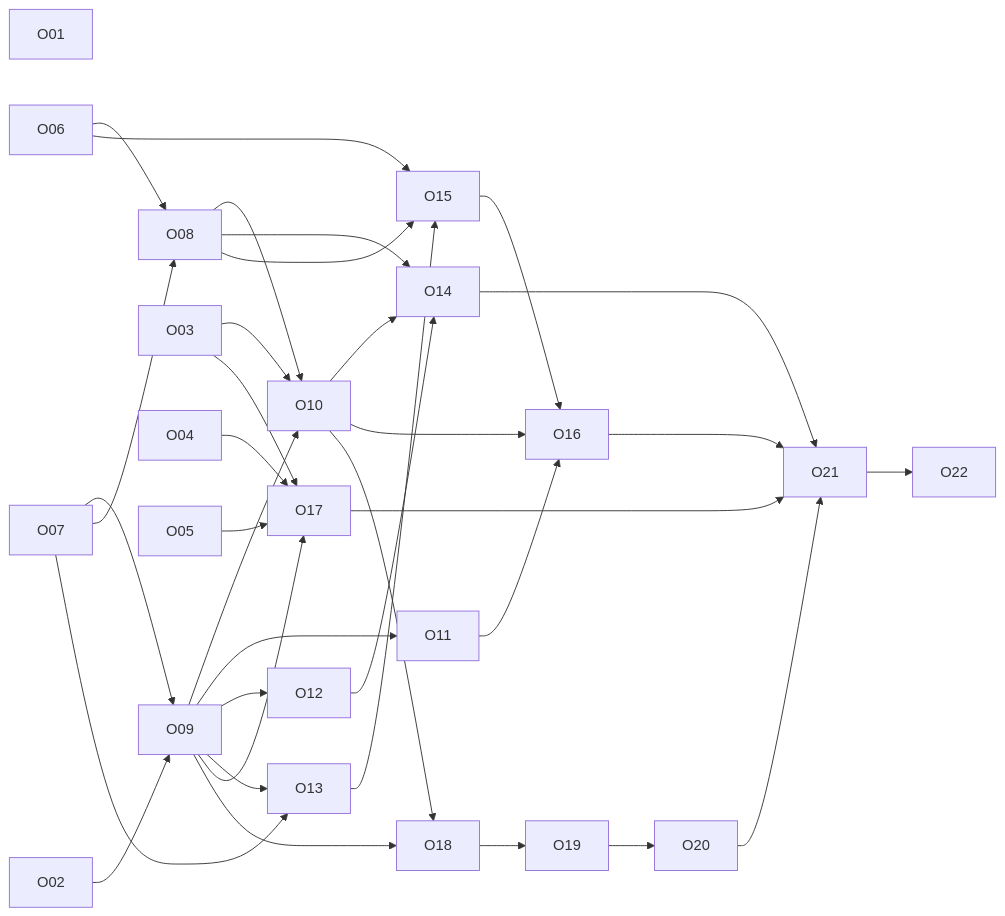
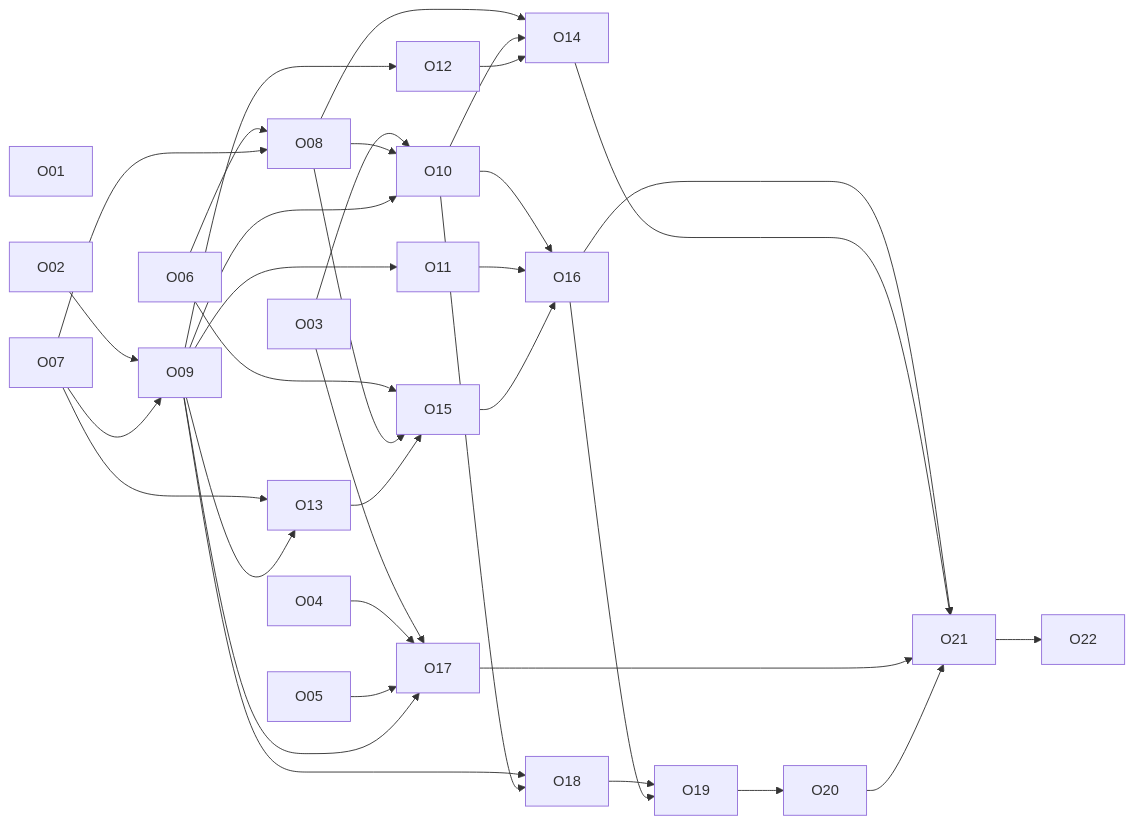
The second of 2 diagrams in docs/plans/2026-11-13-olive/spec.md (ukyi-app/homelab), drawn with Mermaid before and after one commit. The commit also changed other lines of this file and 11 other files, not shown here.

````diff
--- a/docs/plans/2026-11-13-olive/spec.md
+++ b/docs/plans/2026-11-13-olive/spec.md
@@ -482,37 +492,38 @@
 ```mermaid
 flowchart LR
     O01
     O02 --> O09
     O07 --> O09
     O06 --> O08
     O07 --> O08
     O07 --> O13
     O03 --> O10
     O08 --> O10
     O09 --> O10
     O09 --> O11
     O09 --> O12
     O09 --> O13
     O08 --> O14
     O10 --> O14
     O12 --> O14
     O06 --> O15
     O08 --> O15
     O13 --> O15
     O10 --> O16
     O11 --> O16
     O15 --> O16
     O03 --> O17
     O04 --> O17
     O05 --> O17
     O09 --> O17
     O09 --> O18
     O10 --> O18
     O18 --> O19
+    O16 --> O19
     O19 --> O20
     O16 --> O21
     O14 --> O21
     O17 --> O21
     O20 --> O21
     O21 --> O22
 ```
````
